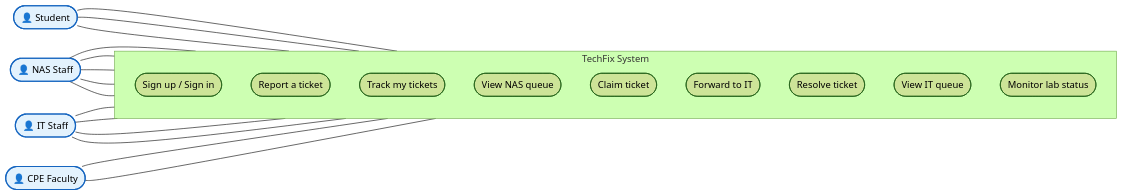
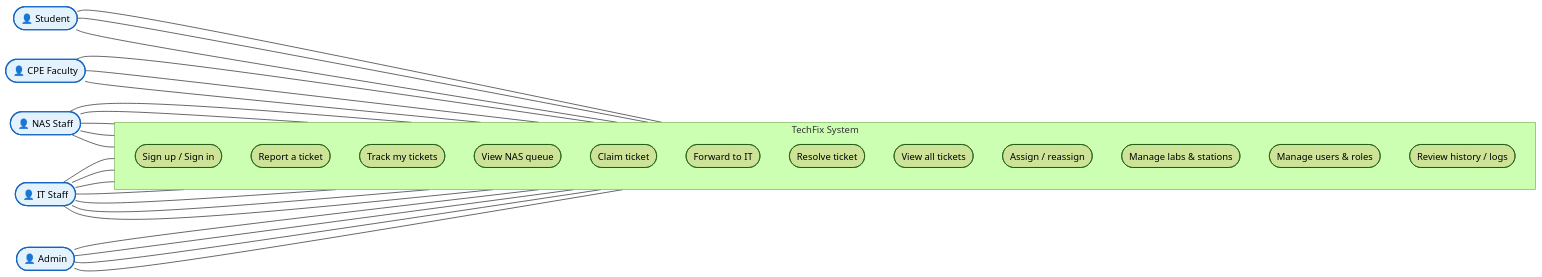
The first of 4 diagrams in docs/presentation/UML_DIAGRAMS.md (SeanixReal/Jobelonese), drawn with Mermaid (forest theme) before and after one commit. The commit also changed other lines of this file, not shown here.

First line of the commit message:
docs: align UML ERD with live Supabase schema (#59)

````diff
--- a/docs/presentation/UML_DIAGRAMS.md
+++ b/docs/presentation/UML_DIAGRAMS.md
@@ -18,27 +18,32 @@
 ```mermaid
 flowchart LR
     student([👤 Student]):::actor
+    faculty([👤 CPE Faculty]):::actor
     nas([👤 NAS Staff]):::actor
     it([👤 IT Staff]):::actor
-    faculty([👤 CPE Faculty]):::actor
+    admin([👤 Admin]):::actor
 
     subgraph TechFix["TechFix System"]
         direction TB
         uc1(["Sign up / Sign in"])
         uc2(["Report a ticket"])
         uc3(["Track my tickets"])
         uc4(["View NAS queue"])
         uc5(["Claim ticket"])
         uc6(["Forward to IT"])
         uc7(["Resolve ticket"])
-        uc8(["View IT queue"])
-        uc9(["Monitor lab status"])
+        uc8(["View all tickets"])
+        uc9(["Assign / reassign"])
+        uc10(["Manage labs & stations"])
+        uc11(["Manage users & roles"])
+        uc12(["Review history / logs"])
     end
 
     student --- uc1 & uc2 & uc3
+    faculty --- uc1 & uc2 & uc3
     nas --- uc1 & uc4 & uc5 & uc6 & uc7
-    it --- uc1 & uc8 & uc5 & uc7
-    faculty --- uc1 & uc9
+    it --- uc1 & uc8 & uc5 & uc9 & uc7 & uc10 & uc12
+    admin --- uc1 & uc8 & uc11 & uc12
 
     classDef actor fill:#e3f2fd,stroke:#1565c0,stroke-width:2px;
 ```
````
